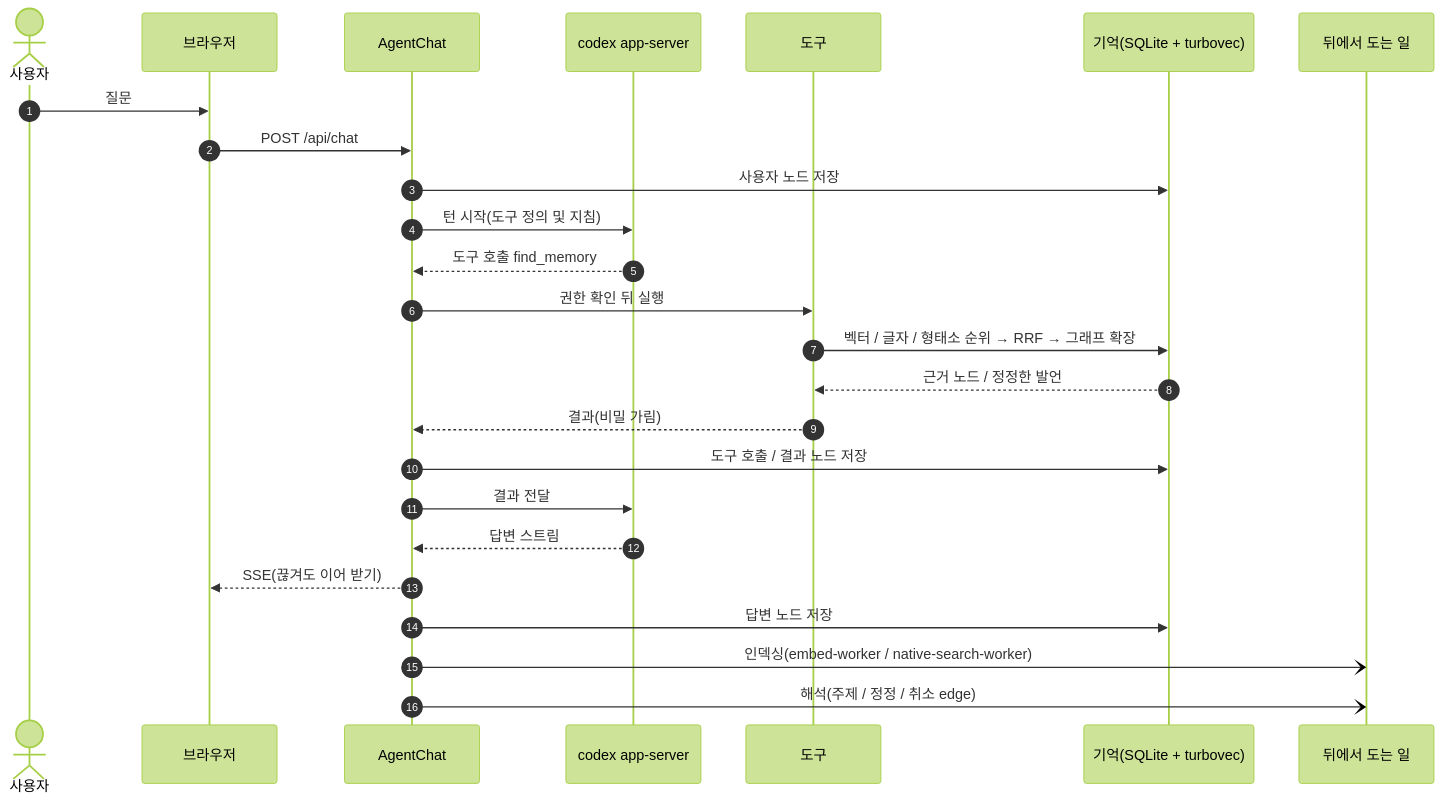
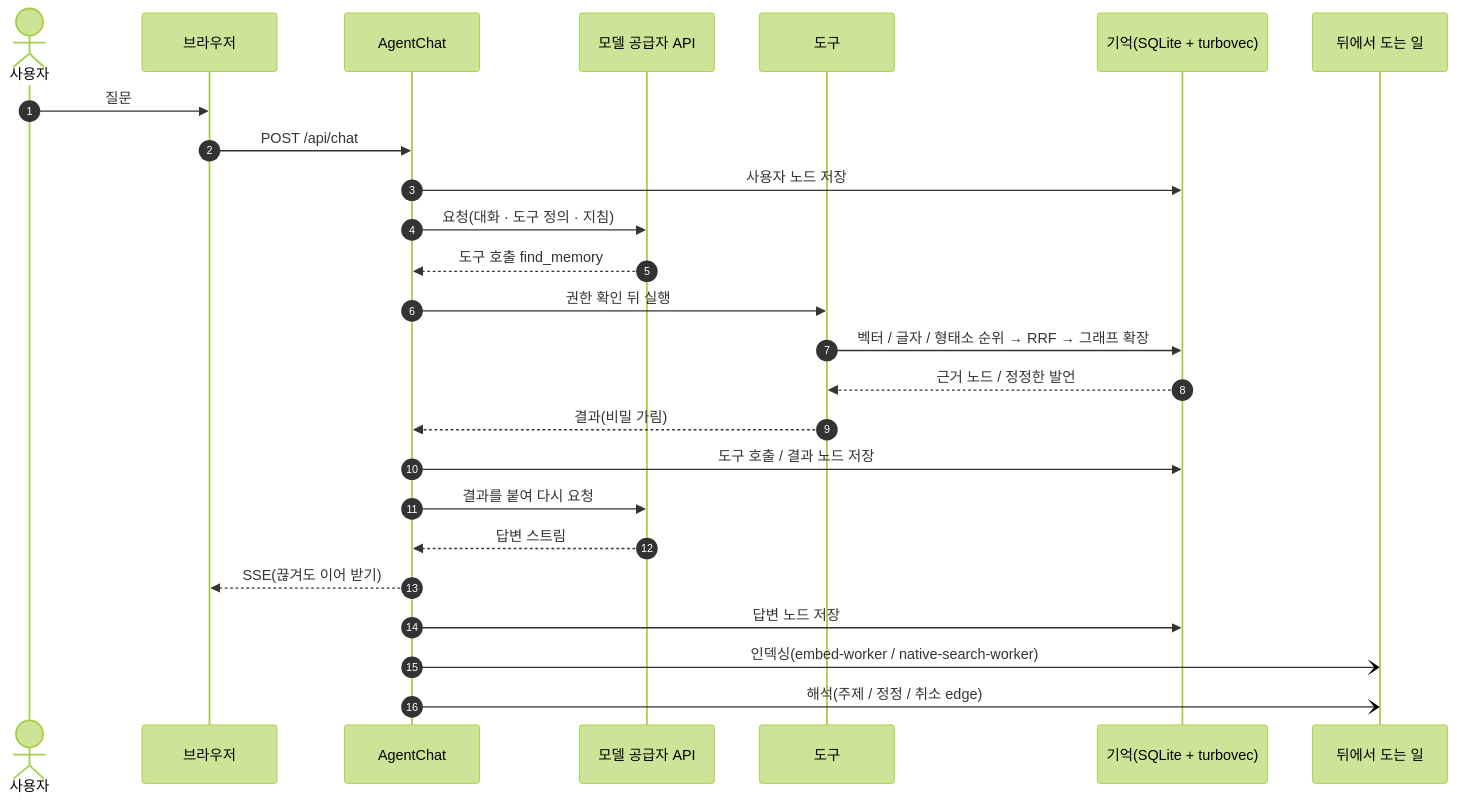
The second of 3 diagrams in README.md (CreeJee/context-generactive-ai-agent), drawn with Mermaid (forest theme) before and after one commit. The commit also changed other lines of this file and 1 other file, not shown here.

Commit message:
docs: README와 빌드 안내에서 제거된 codex 런타임 설명을 지운다
구조도와 대화 루프 그림이 모델 경로를 codex app-server로 그렸고, 빌드
안내는 첫 실행 때 codex를 받는다고 적었다. 2026-09-19부터 앱은 구독
OAuth로 공급자 API를 직접 부른다. entitlements의 codex용 dyld 예외와
"codex를 받지 못했다" 문제 해결 항목도 이미 없는 것이라 지운다.

````diff
--- a/README.md
+++ b/README.md
@@ -119,28 +119,28 @@
 ```mermaid
 sequenceDiagram
   autonumber
   actor User as 사용자
   participant UI as 브라우저
   participant Chat as AgentChat
-  participant Codex as codex app-server
+  participant Model as 모델 공급자 API
   participant Tools as 도구
   participant Mem as 기억(SQLite + turbovec)
   participant BG as 뒤에서 도는 일
 
   User->>UI: 질문
   UI->>Chat: POST /api/chat
   Chat->>Mem: 사용자 노드 저장
-  Chat->>Codex: 턴 시작(도구 정의 및 지침)
-  Codex-->>Chat: 도구 호출 find_memory
+  Chat->>Model: 요청(대화 · 도구 정의 · 지침)
+  Model-->>Chat: 도구 호출 find_memory
   Chat->>Tools: 권한 확인 뒤 실행
   Tools->>Mem: 벡터 / 글자 / 형태소 순위 → RRF → 그래프 확장
   Mem-->>Tools: 근거 노드 / 정정한 발언
   Tools-->>Chat: 결과(비밀 가림)
   Chat->>Mem: 도구 호출 / 결과 노드 저장
-  Chat->>Codex: 결과 전달
-  Codex-->>Chat: 답변 스트림
+  Chat->>Model: 결과를 붙여 다시 요청
+  Model-->>Chat: 답변 스트림
   Chat-->>UI: SSE(끊겨도 이어 받기)
   Chat->>Mem: 답변 노드 저장
   Chat-)BG: 인덱싱(embed-worker / native-search-worker)
   Chat-)BG: 해석(주제 / 정정 / 취소 edge)
 ```
````
